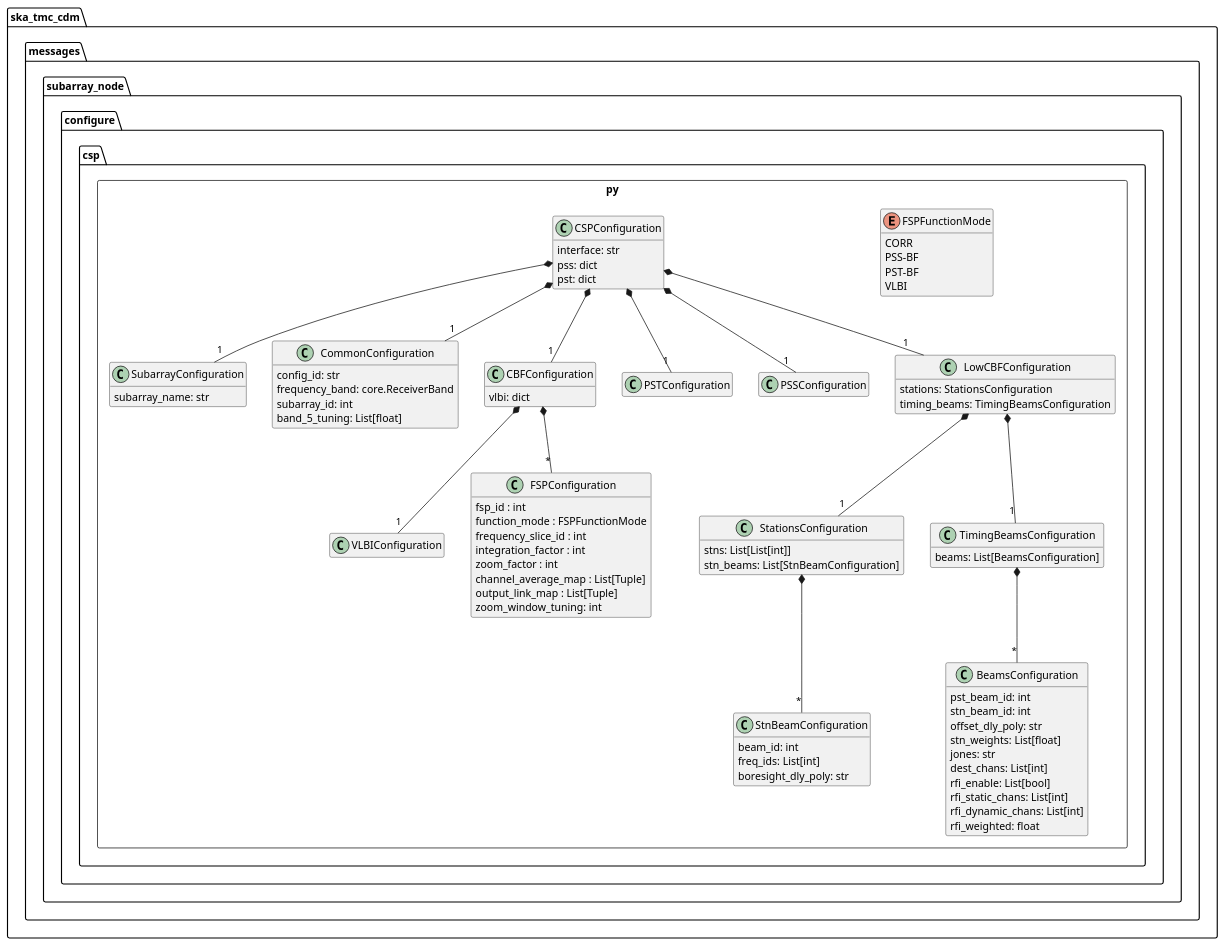
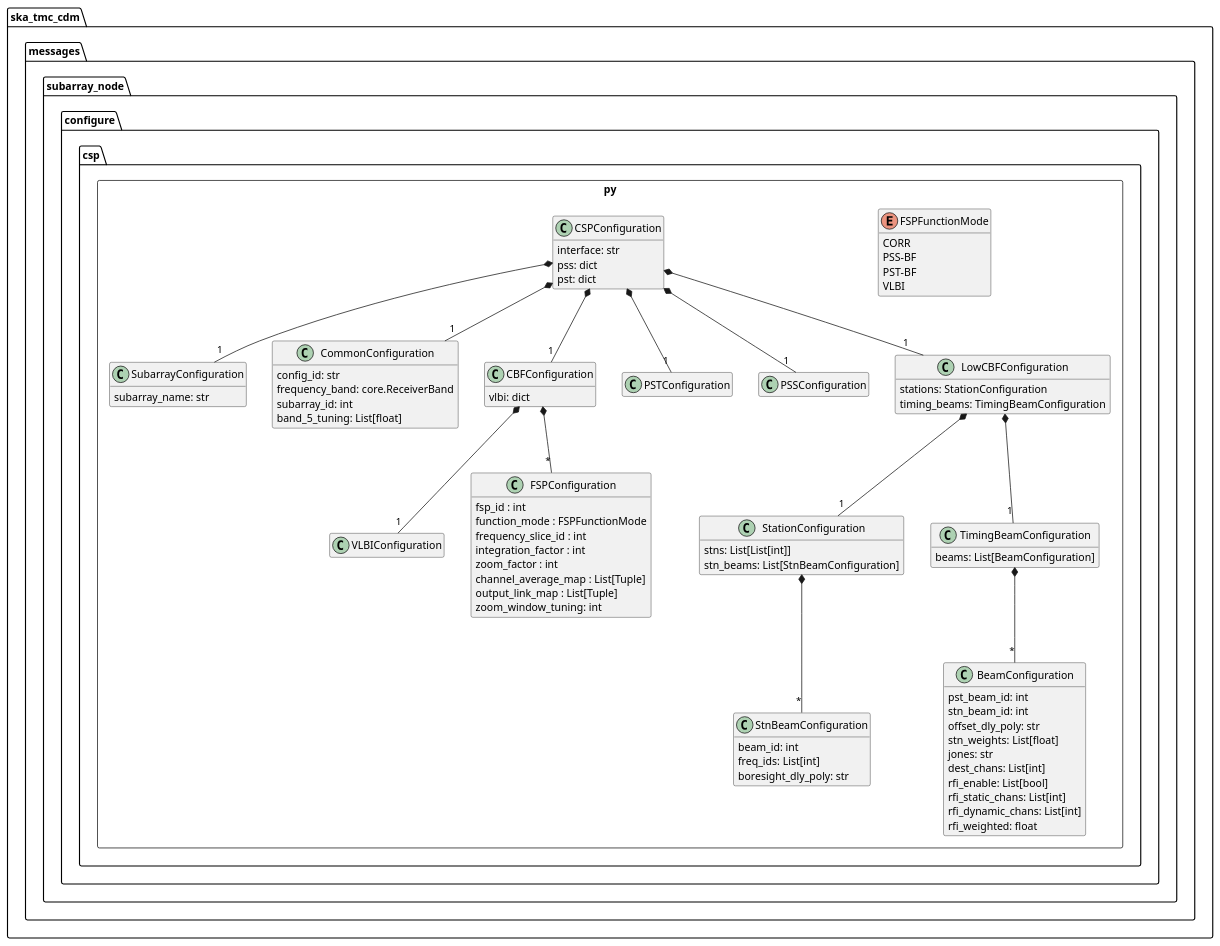
The diagram in docs/src/developer/subarraynode/csp.puml (ska-telescope/cdm-shared-library), drawn with PlantUML before and after one commit. The commit also changed 7 other files, not shown here.

```diff
--- a/docs/src/developer/subarraynode/csp.puml
+++ b/docs/src/developer/subarraynode/csp.puml
@@ -1,112 +1,112 @@
 @startuml
 hide empty members
 
 ' Remove the following lines when VLBI, PSS and PST
 ' are added to CDM
 remove VLBIConfiguration
 remove PSTConfiguration
 remove PSSConfiguration
 
 package ska_tmc_cdm.messages.subarray_node.configure {
 	package csp.py <<Rectangle>> {
 
 	    class SubarrayConfiguration {
 	        subarray_name: str
 	    }
 
 	    class CommonConfiguration {
 	        config_id: str
             frequency_band: core.ReceiverBand
             subarray_id: int
             band_5_tuning: List[float]
 	    }
 
 	    class CBFConfiguration {
             vlbi: dict
 	    }
 
 	    class PSTConfiguration {
 
 	    }
 
         class PSSConfiguration {
 
         }
 
         class VLBIConfiguration {
 
         }
 
 		enum FSPFunctionMode {
 			CORR
 			PSS-BF
 			PST-BF
 			VLBI
 		}
 
 		class FSPConfiguration {
 			fsp_id : int
 			function_mode : FSPFunctionMode
 			frequency_slice_id : int
 			integration_factor : int
 			zoom_factor : int
 			channel_average_map : List[Tuple]
 			output_link_map : List[Tuple]
 			zoom_window_tuning: int
 		}
 
 		class CSPConfiguration {
 	        interface: str
 	        pss: dict
 	        pst: dict
 
 		}
 
 		class LowCBFConfiguration {
-			stations: StationsConfiguration 
-			timing_beams: TimingBeamsConfiguration
+			stations: StationConfiguration 
+			timing_beams: TimingBeamConfiguration
 		}
 
-		class StationsConfiguration {
+		class StationConfiguration {
 			stns: List[List[int]]
         	stn_beams: List[StnBeamConfiguration]
 		}
 
-		class TimingBeamsConfiguration {
-			beams: List[BeamsConfiguration]
+		class TimingBeamConfiguration {
+			beams: List[BeamConfiguration]
 		}
 		
-		class BeamsConfiguration {
+		class BeamConfiguration {
 			pst_beam_id: int
 			stn_beam_id: int
 			offset_dly_poly: str
 			stn_weights: List[float]
 			jones: str
 			dest_chans: List[int]
 			rfi_enable: List[bool]
 			rfi_static_chans: List[int]
 			rfi_dynamic_chans: List[int]
 			rfi_weighted: float
 		}
 
 		class StnBeamConfiguration {
 			beam_id: int
 			freq_ids: List[int]
 			boresight_dly_poly: str
 		}
 
 		CBFConfiguration *-- "*" FSPConfiguration
 		CBFConfiguration *-- "1" VLBIConfiguration
 		CSPConfiguration *-- "1" CommonConfiguration
 		CSPConfiguration *-- "1" SubarrayConfiguration
 		CSPConfiguration *-- "1" CBFConfiguration
 		CSPConfiguration *-- "1" PSTConfiguration
 		CSPConfiguration *-- "1" PSSConfiguration
 		CSPConfiguration *-- "1" LowCBFConfiguration
-		LowCBFConfiguration *-- "1" StationsConfiguration
-		LowCBFConfiguration *-- "1" TimingBeamsConfiguration
-		TimingBeamsConfiguration *-- "*" BeamsConfiguration
-		StationsConfiguration *-- "*" StnBeamConfiguration
+		LowCBFConfiguration *-- "1" StationConfiguration
+		LowCBFConfiguration *-- "1" TimingBeamConfiguration
+		TimingBeamConfiguration *-- "*" BeamConfiguration
+		StationConfiguration *-- "*" StnBeamConfiguration
 	}
 }
 @enduml
```
